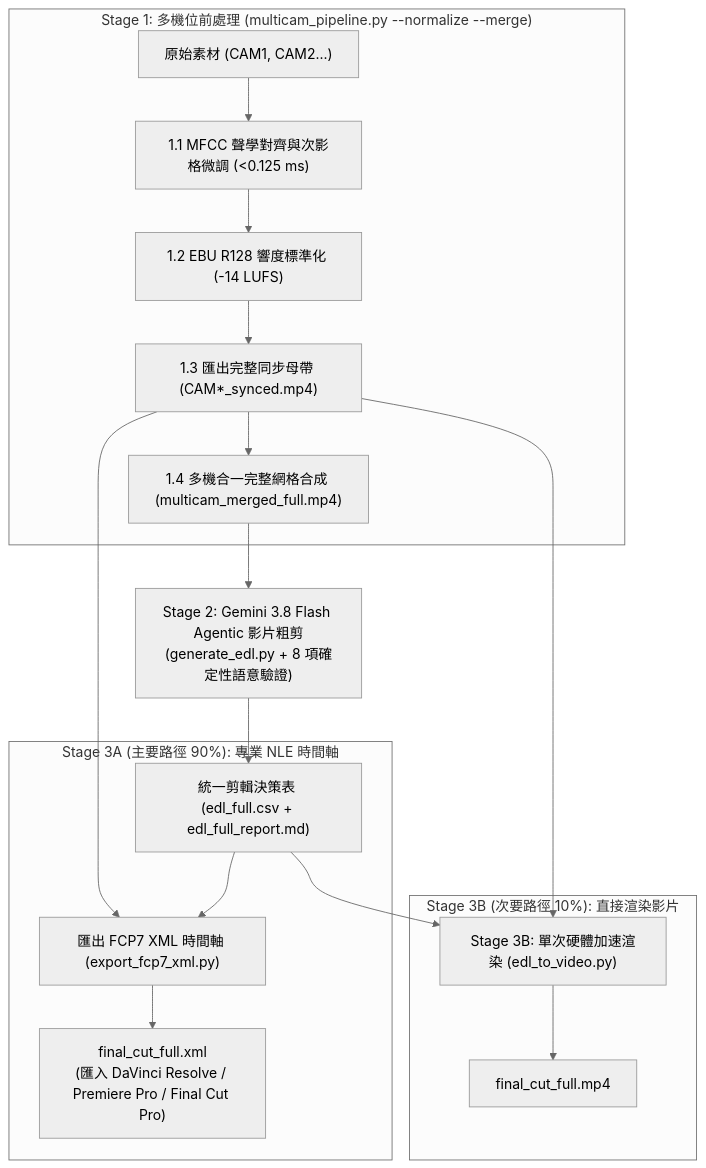
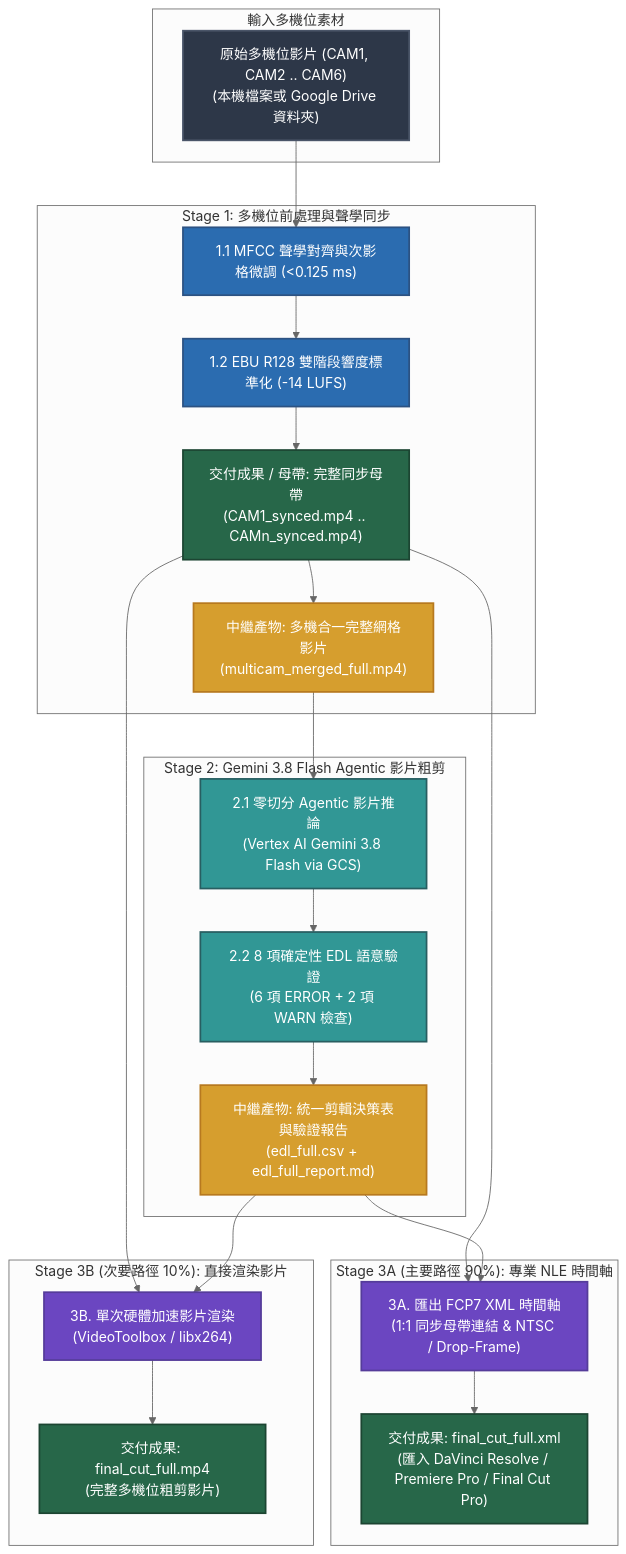
One commit to a0359627/multicam-video-preprocessing changed the diagram in README.zh-TW.md. Above: the diagram before and after it, drawn with Mermaid (neutral theme). The commit also changed 4 other files, not shown here.

Commit message:
docs(readme): add color-coded Mermaid flowcharts for stages, artifacts, and deliverables

````diff
--- a/README.zh-TW.md
+++ b/README.zh-TW.md
@@ -74,24 +74,50 @@
 ```mermaid
 flowchart TD
-    subgraph S1["Stage 1: 多機位前處理 (multicam_pipeline.py --normalize --merge)"]
-        A["原始素材 (CAM1, CAM2...)"] --> S1_1["1.1 MFCC 聲學對齊與次影格微調 (<0.125 ms)"]
-        S1_1 --> S1_2["1.2 EBU R128 響度標準化 (-14 LUFS)"]
-        S1_2 --> S1_3["1.3 匯出完整同步母帶 (CAM*_synced.mp4)"]
-        S1_3 --> S1_4["1.4 多機合一完整網格合成 (multicam_merged_full.mp4)"]
+    classDef inputStyle fill:#2D3748,stroke:#4A5568,stroke-width:2px,color:#fff;
+    classDef stage1Style fill:#2B6CB0,stroke:#2C5282,stroke-width:2px,color:#fff;
+    classDef stage2Style fill:#319795,stroke:#285E61,stroke-width:2px,color:#fff;
+    classDef stage3Style fill:#6B46C1,stroke:#553C9A,stroke-width:2px,color:#fff;
+    classDef artifactStyle fill:#D69E2E,stroke:#B7791F,stroke-width:2px,color:#fff;
+    classDef outputStyle fill:#276749,stroke:#1C4532,stroke-width:2px,color:#fff;
+
+    subgraph Inputs["輸入多機位素材"]
+        A["原始多機位影片 (CAM1, CAM2 .. CAM6)<br/>(本機檔案或 Google Drive 資料夾)"]:::inputStyle
     end
 
-    S1_4 --> S2["Stage 2: Gemini 3.8 Flash Agentic 影片粗剪<br/>(generate_edl.py + 8 項確定性語意驗證)"]
-    S2 --> EDL["統一剪輯決策表 (edl_full.csv + edl_full_report.md)"]
+    subgraph S1["Stage 1: 多機位前處理與聲學同步"]
+        S1_1["1.1 MFCC 聲學對齊與次影格微調 (<0.125 ms)"]:::stage1Style
+        S1_2["1.2 EBU R128 雙階段響度標準化 (-14 LUFS)"]:::stage1Style
+        S1_3["交付成果 / 母帶: 完整同步母帶<br/>(CAM1_synced.mp4 .. CAMn_synced.mp4)"]:::outputStyle
+        S1_4["中繼產物: 多機合一完整網格影片<br/>(multicam_merged_full.mp4)"]:::artifactStyle
+        S1_1 --> S1_2
+        S1_2 --> S1_3
+        S1_3 --> S1_4
+    end
+
+    subgraph S2["Stage 2: Gemini 3.8 Flash Agentic 影片粗剪"]
+        S2_1["2.1 零切分 Agentic 影片推論<br/>(Vertex AI Gemini 3.8 Flash via GCS)"]:::stage2Style
+        S2_2["2.2 8 項確定性 EDL 語意驗證<br/>(6 項 ERROR + 2 項 WARN 檢查)"]:::stage2Style
+        EDL["中繼產物: 統一剪輯決策表與驗證報告<br/>(edl_full.csv + edl_full_report.md)"]:::artifactStyle
+        S2_1 --> S2_2
+        S2_2 --> EDL
+    end
 
     subgraph S3A["Stage 3A (主要路徑 90%): 專業 NLE 時間軸"]
-        S1_3 --> S3A_ACT["匯出 FCP7 XML 時間軸 (export_fcp7_xml.py)"]
-        EDL --> S3A_ACT
-        S3A_ACT --> XML["final_cut_full.xml<br/>(匯入 DaVinci Resolve / Premiere Pro / Final Cut Pro)"]
+        S3A_ACT["3A. 匯出 FCP7 XML 時間軸<br/>(1:1 同步母帶連結 & NTSC / Drop-Frame)"]:::stage3Style
+        XML["交付成果: final_cut_full.xml<br/>(匯入 DaVinci Resolve / Premiere Pro / Final Cut Pro)"]:::outputStyle
+        S3A_ACT --> XML
     end
 
     subgraph S3B["Stage 3B (次要路徑 10%): 直接渲染影片"]
-        S1_3 --> S3B_ACT["Stage 3B: 單次硬體加速渲染 (edl_to_video.py)"]
-        EDL --> S3B_ACT
-        S3B_ACT --> MP4["final_cut_full.mp4"]
+        S3B_ACT["3B. 單次硬體加速影片渲染<br/>(VideoToolbox / libx264)"]:::stage3Style
+        MP4["交付成果: final_cut_full.mp4<br/>(完整多機位粗剪影片)"]:::outputStyle
+        S3B_ACT --> MP4
     end
+
+    A --> S1_1
+    S1_4 --> S2_1
+    S1_3 --> S3A_ACT
+    EDL --> S3A_ACT
+    S1_3 --> S3B_ACT
+    EDL --> S3B_ACT
 ```
````
